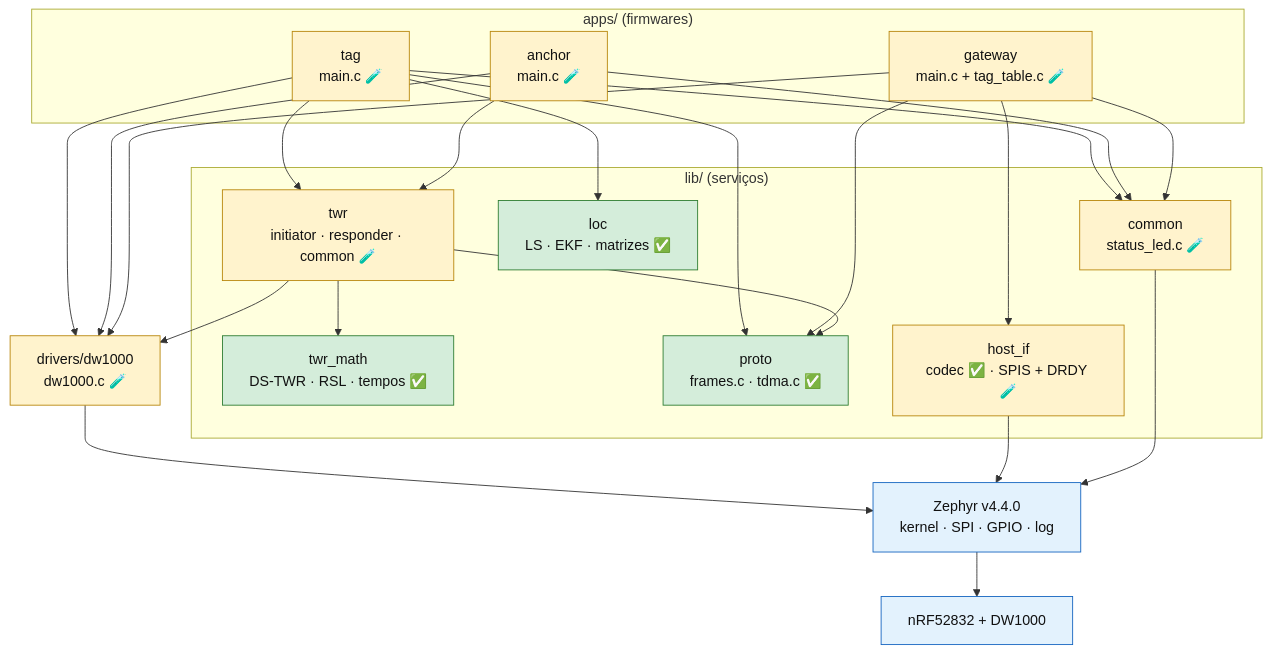
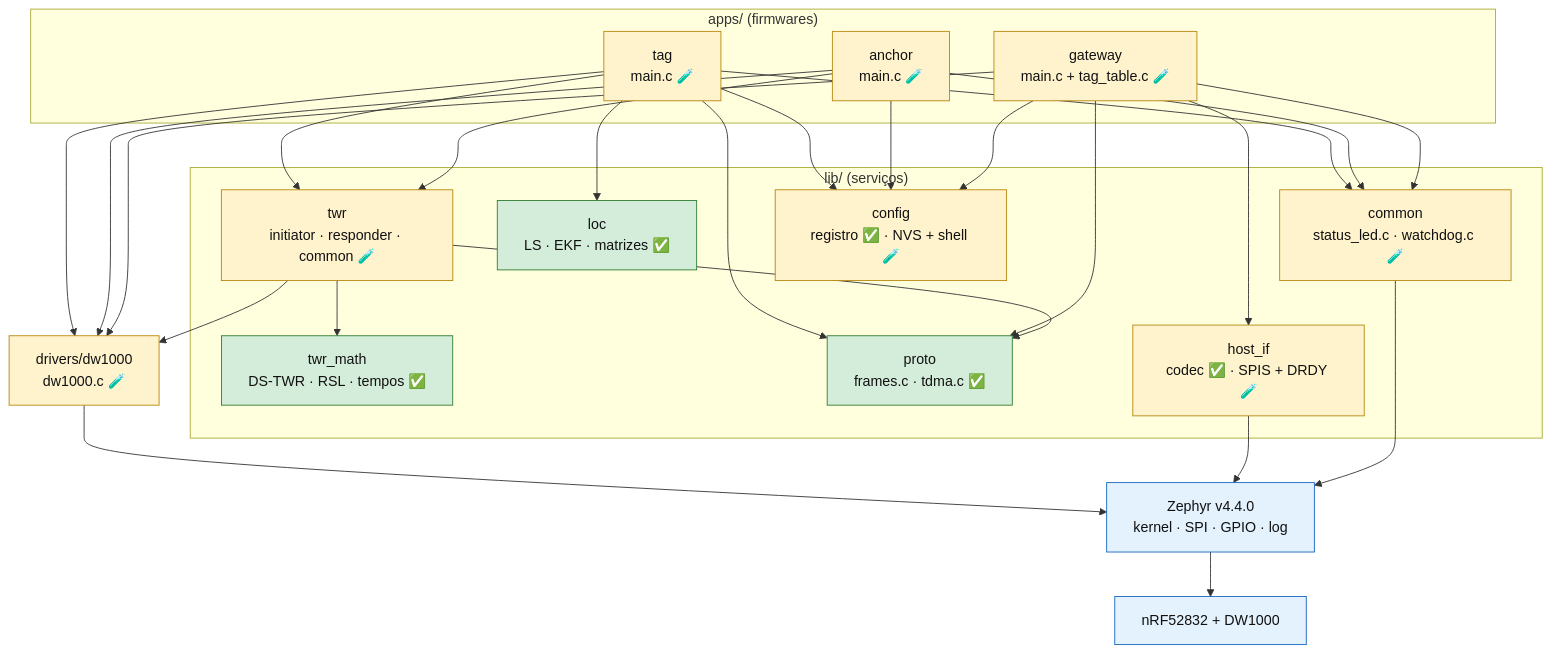
One commit to MauroTony/dwm1001-rtls-fw changed the second of 17 diagrams in docs/09-guia-do-codigo.md. Above: the diagram before and after it, drawn with Mermaid. The commit also changed other lines of this file and 5 other files, not shown here.

````diff
--- a/docs/09-guia-do-codigo.md
+++ b/docs/09-guia-do-codigo.md
@@ -63,28 +63,29 @@
 ```mermaid
 flowchart TB
     subgraph APPS["apps/ (firmwares)"]
         tag["tag<br/>main.c 🧪"]:::bench
         anchor["anchor<br/>main.c 🧪"]:::bench
         gw["gateway<br/>main.c + tag_table.c 🧪"]:::bench
     end
     subgraph LIB["lib/ (serviços)"]
         twr["twr<br/>initiator · responder · common 🧪"]:::bench
         math["twr_math<br/>DS-TWR · RSL · tempos ✅"]:::ok
         proto["proto<br/>frames.c · tdma.c ✅"]:::ok
         loc["loc<br/>LS · EKF · matrizes ✅"]:::ok
         hif["host_if<br/>codec ✅ · SPIS + DRDY 🧪"]:::bench
-        led["common<br/>status_led.c 🧪"]:::bench
+        led["common<br/>status_led.c · watchdog.c 🧪"]:::bench
+        cfgl["config<br/>registro ✅ · NVS + shell 🧪"]:::bench
     end
     drv["drivers/dw1000<br/>dw1000.c 🧪"]:::bench
     zep["Zephyr v4.4.0<br/>kernel · SPI · GPIO · log"]:::ext
     hw["nRF52832 + DW1000"]:::ext
-    tag --> twr & loc & proto & led & drv
-    anchor --> twr & led & drv
-    gw --> proto & hif & led & drv
+    tag --> twr & loc & proto & led & cfgl & drv
+    anchor --> twr & led & cfgl & drv
+    gw --> proto & hif & led & cfgl & drv
     twr --> math & proto & drv
     drv & hif & led --> zep --> hw
     classDef ok fill:#d4edda,stroke:#2e7d32,color:#111
     classDef bench fill:#fff3cd,stroke:#b8860b,color:#111
     classDef stub fill:#eceff1,stroke:#78909c,color:#111,stroke-dasharray:4 3
     classDef ext fill:#e3f2fd,stroke:#1565c0,color:#111
 ```
````
